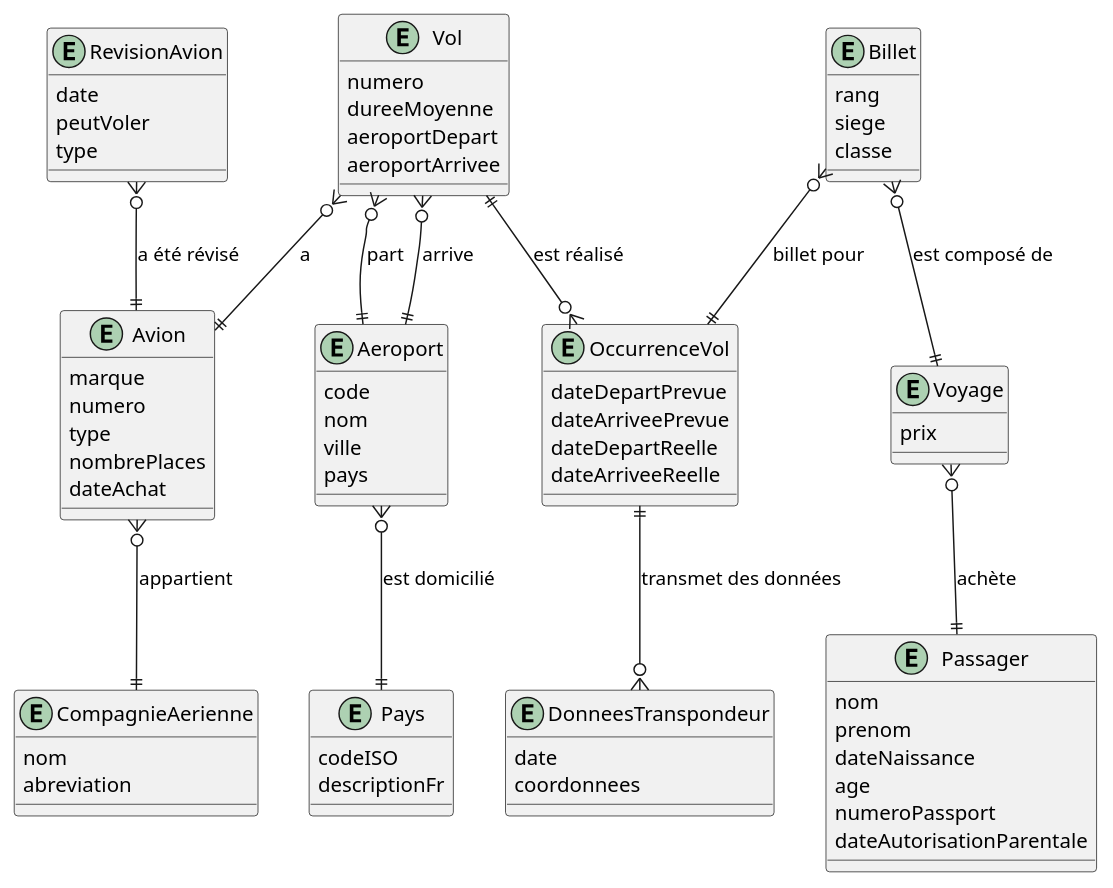
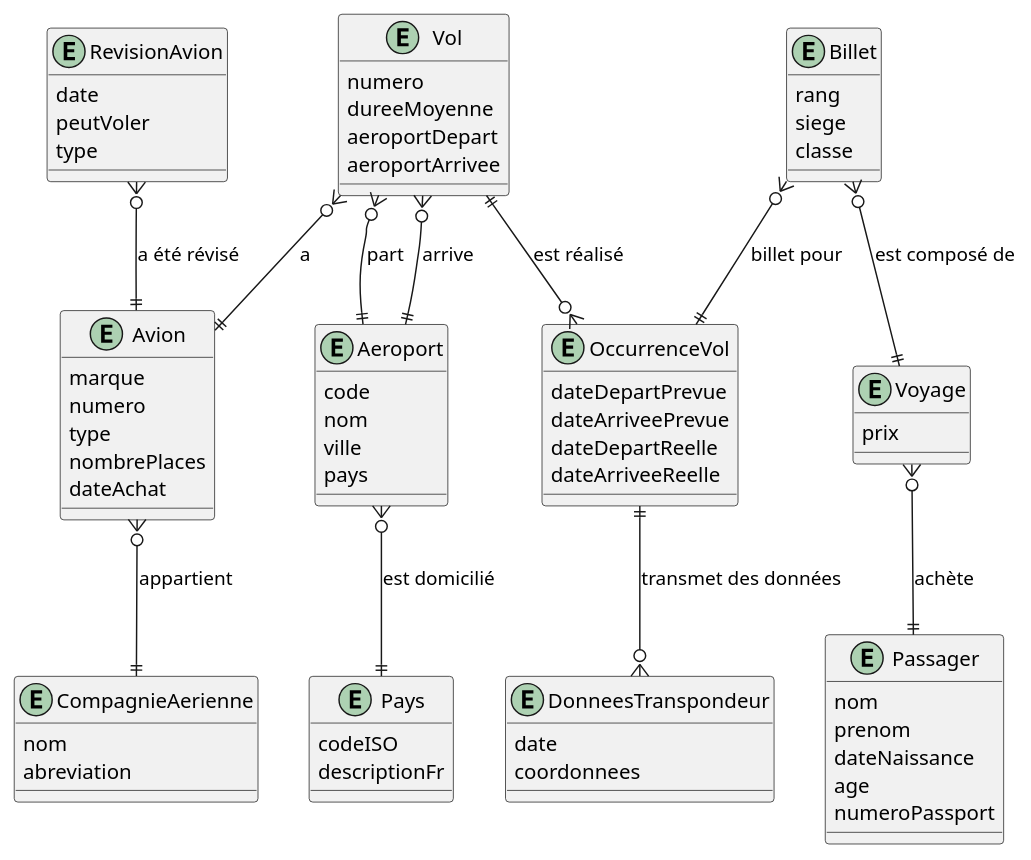
The diagram in ERD/airline_reservation.wsd (rparadiscsfoy/420-W34-SF-TP01), drawn with PlantUML before and after one commit. The commit also changed 3 other files, not shown here.

```diff
--- a/ERD/airline_reservation.wsd
+++ b/ERD/airline_reservation.wsd
@@ -1,93 +1,93 @@
 @startuml erd_airline_reservation_logique
 
 entity Pays {
     codeISO
     descriptionFr
 }
 
 entity Avion {
     marque
     numero
     type
     nombrePlaces
     dateAchat
 }
 
 entity Aeroport {
     code
     nom
     ville
     pays
 }
 
 entity OccurrenceVol {
     dateDepartPrevue
     dateArriveePrevue
     dateDepartReelle
     dateArriveeReelle
 }
 
 entity Vol {
     numero
     dureeMoyenne
     aeroportDepart
     aeroportArrivee
 }
 
 entity DonneesTranspondeur {
     date
     coordonnees
 }
 
 entity RevisionAvion {
     date
     peutVoler
     type 
     ' https://fr.wikipedia.org/wiki/Visites_de_maintenance_des_avions
     ' A : / mois ou 500h de vol
     ' C : 
 }
 
 entity CompagnieAerienne {
     nom
     abreviation
 }
 
 entity Voyage {
     prix
 }
 
 entity Billet {
     rang
     siege
     classe
 }
 
 entity Passager {
     nom
     prenom
     dateNaissance
     age
     numeroPassport
-    dateAutorisationParentale
+'    dateAutorisationParentale
 }
 
 Vol }o--|| Aeroport: arrive
 Vol }o--|| Aeroport: part
 Vol }o--|| Avion: a
 Vol ||--o{ OccurrenceVol: est réalisé
 
 Avion }o--|| CompagnieAerienne: appartient
 
 Billet }o--|| Voyage: est composé de
 Billet }o--|| OccurrenceVol: billet pour
 
 Voyage }o--|| Passager: achète
 
 Aeroport }o--|| Pays: est domicilié
 
 OccurrenceVol ||--o{ DonneesTranspondeur: transmet des données
 
 RevisionAvion }o--|| Avion: a été révisé
 
 @enduml
```
